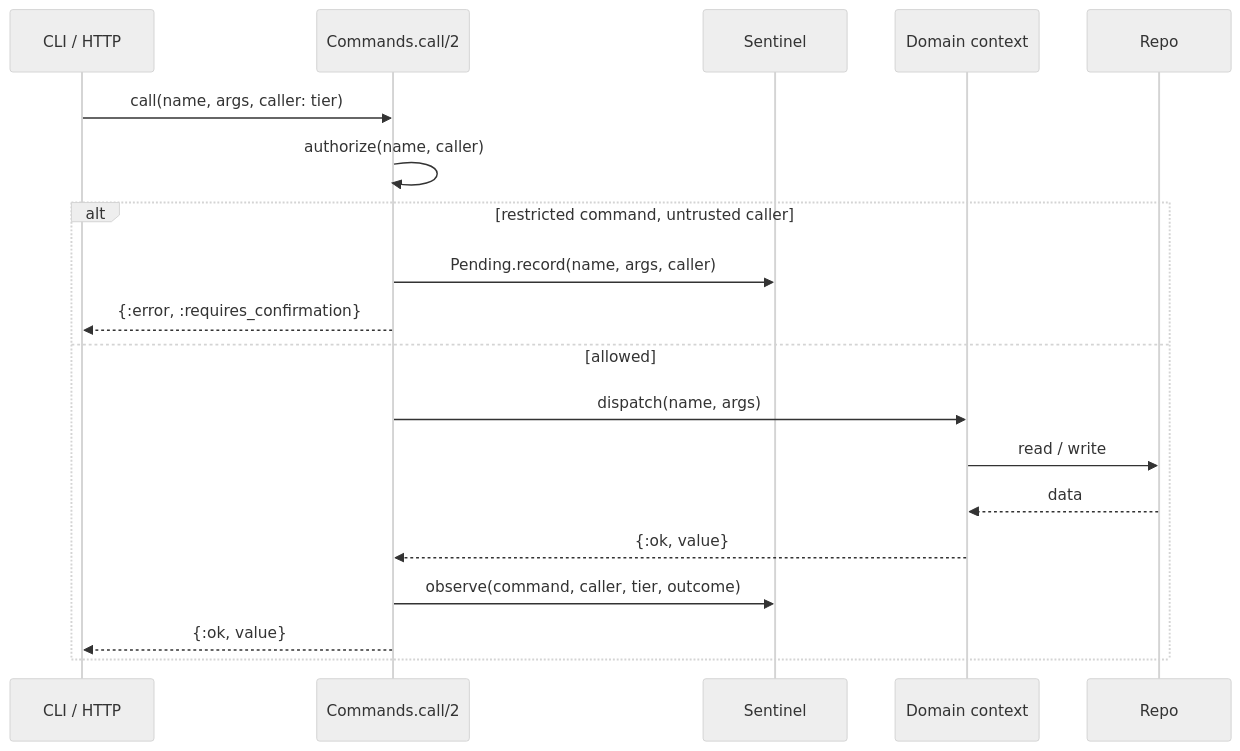
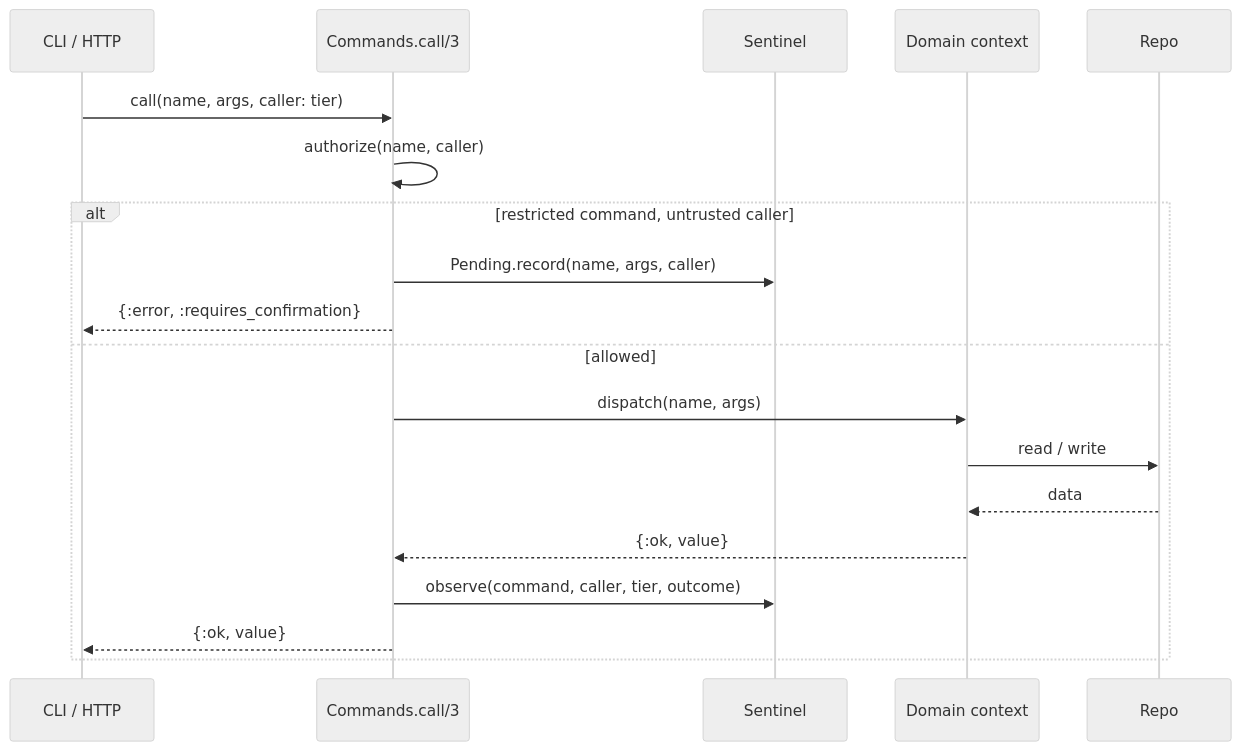
One commit to hightowerbuilds/buster-claw changed the sixth of 8 diagrams in docs/UML.md. Above: the diagram before and after it, drawn with Mermaid (neutral theme). The commit also changed other lines of this file and 11 other files, not shown here.

First line of the commit message:
docs: close Finding 1's P2 drift — and the UML was not cosmetic

````diff
--- a/docs/UML.md
+++ b/docs/UML.md
@@ -246,22 +289,22 @@
 ```mermaid
 sequenceDiagram
     participant Caller as CLI / HTTP
-    participant Commands as Commands.call/2
+    participant Commands as Commands.call/3
     participant Sentinel
     participant Context as Domain context
     participant Repo
 
     Caller->>Commands: call(name, args, caller: tier)
     Commands->>Commands: authorize(name, caller)
     alt restricted command, untrusted caller
         Commands->>Sentinel: Pending.record(name, args, caller)
         Commands-->>Caller: {:error, :requires_confirmation}
     else allowed
         Commands->>Context: dispatch(name, args)
         Context->>Repo: read / write
         Repo-->>Context: data
         Context-->>Commands: {:ok, value}
         Commands->>Sentinel: observe(command, caller, tier, outcome)
         Commands-->>Caller: {:ok, value}
     end
 ```
````
